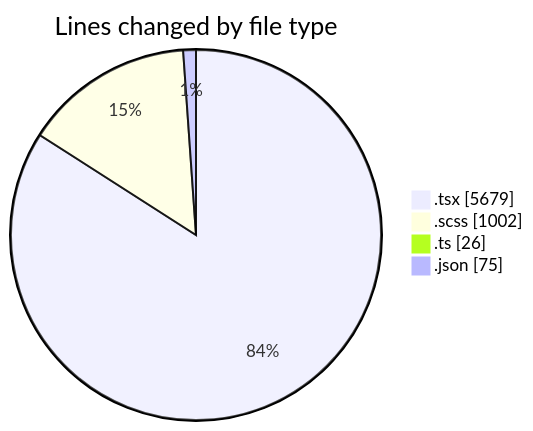
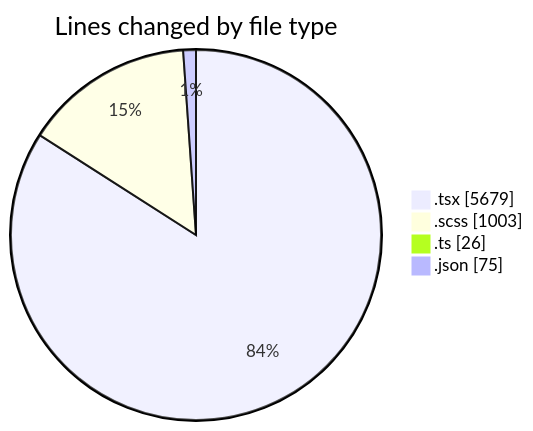
The first of 2 diagrams in 2025-04-09/cda/README.md (momahboobian/code-tracking), drawn with Mermaid before and after one commit. The commit also changed other lines of this file and 1 other file, not shown here.

````diff
--- a/2025-04-09/cda/README.md
+++ b/2025-04-09/cda/README.md
@@ -43,8 +43,8 @@
 ```mermaid
 pie showData
 title Lines changed by file type
 ".tsx" : 5679
-".scss" : 1002
+".scss" : 1003
 ".ts" : 26
 ".json" : 75
 ```
````
